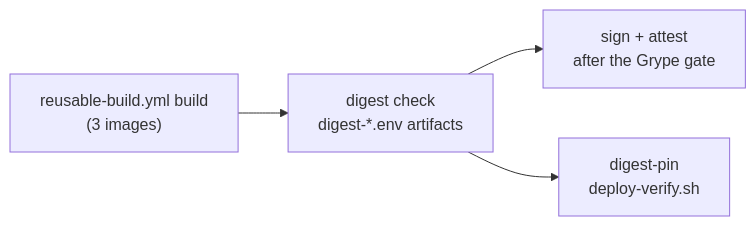
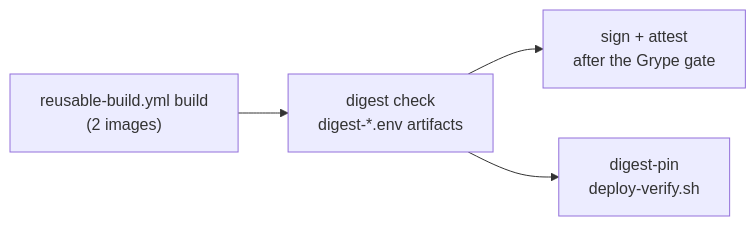
One commit to berserkhmdvhb/fullstack_template changed the third of 3 diagrams in wiki/containerization.md. Above: the diagram before and after it, drawn with Mermaid. The commit also changed other lines of this file and 24 other files, not shown here.

Commit message:
docs: describe the two-image architecture; the Next.js server serves its own assets

````diff
--- a/wiki/containerization.md
+++ b/wiki/containerization.md
@@ -293,6 +263,6 @@
 ```mermaid
 flowchart LR
-    Build["reusable-build.yml build<br/>(3 images)"] --> Verify["digest check<br/>digest-*.env artifacts"]
+    Build["reusable-build.yml build<br/>(2 images)"] --> Verify["digest check<br/>digest-*.env artifacts"]
     Verify --> Sign["sign + attest<br/>after the Grype gate"]
     Verify --> Digest["digest-pin<br/>deploy-verify.sh"]
 ```
````
